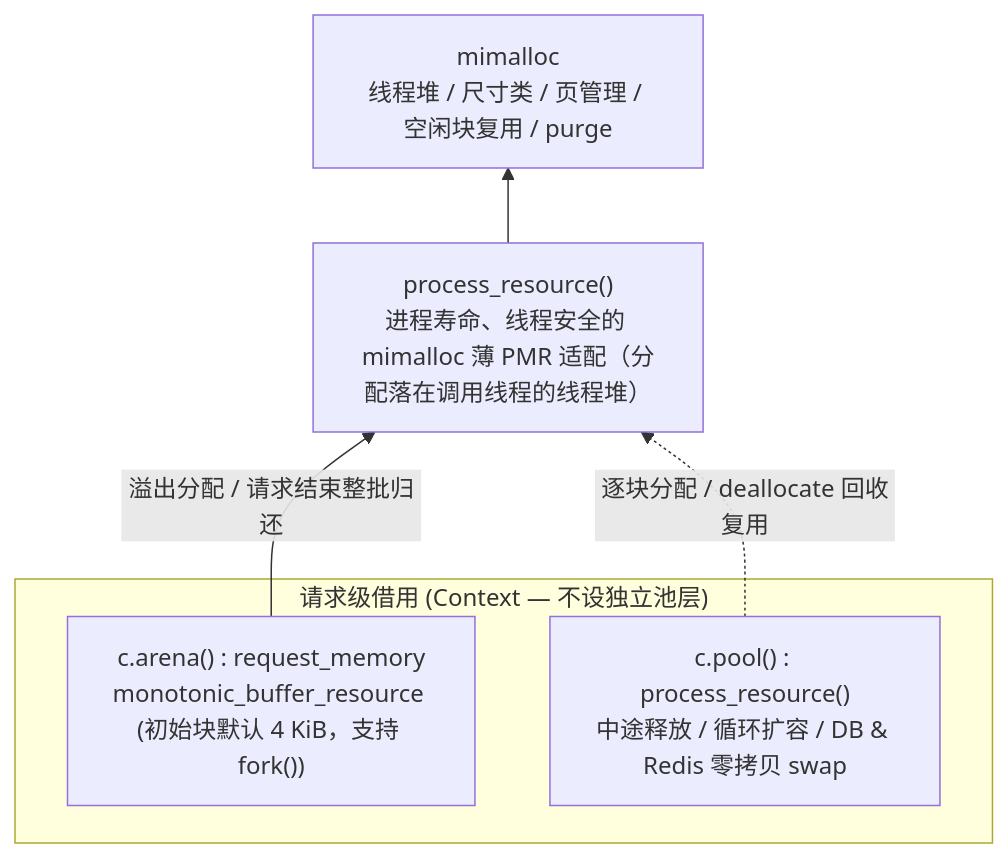
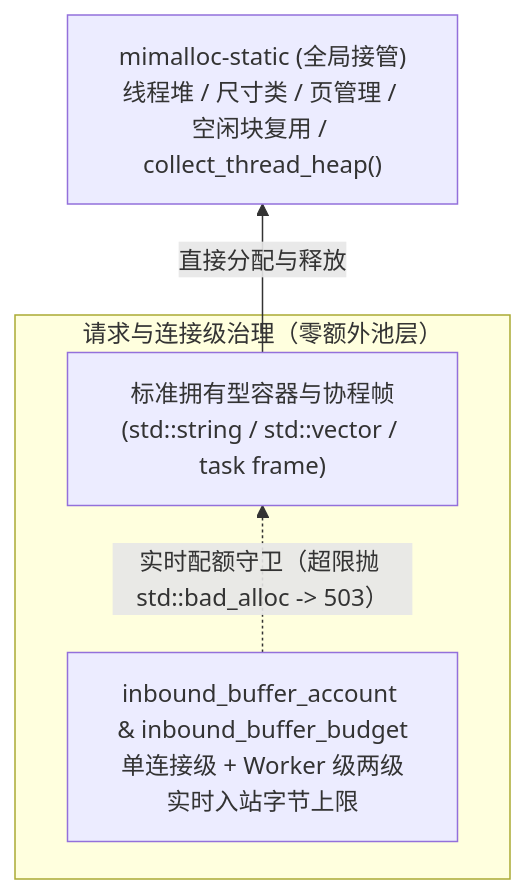
One commit to hyird/Ruvia changed the second of 4 diagrams in AGENTS.md. Above: the diagram before and after it, drawn with Mermaid. The commit also changed other lines of this file and 831 other files, not shown here.

````diff
--- a/AGENTS.md
+++ b/AGENTS.md
@@ -74,13 +74,11 @@
 ```mermaid
 flowchart BT
-    subgraph req ["请求级借用 (Context — 不设独立池层)"]
-        arena["c.arena() : request_memory<br/>monotonic_buffer_resource (初始块默认 4 KiB，支持 fork())"]
-        temporary["c.pool() : process_resource()<br/>中途释放 / 循环扩容 / DB & Redis 零拷贝 swap"]
+    subgraph req ["请求与连接级治理（零额外池层）"]
+        containers["标准拥有型容器与协程帧<br/>(std::string / std::vector / task frame)"]
+        budget["inbound_buffer_account & inbound_buffer_budget<br/>单连接级 + Worker 级两级实时入站字节上限"]
     end
-    process["process_resource()<br/>进程寿命、线程安全的 mimalloc 薄 PMR 适配（分配落在调用线程的线程堆）"]
-    allocator["mimalloc<br/>线程堆 / 尺寸类 / 页管理 / 空闲块复用 / purge"]
+    allocator["mimalloc-static (全局接管)<br/>线程堆 / 尺寸类 / 页管理 / 空闲块复用 / collect_thread_heap()"]
 
-    arena -->|"溢出分配 / 请求结束整批归还"| process
-    temporary -.->|"逐块分配 / deallocate 回收复用"| process
-    process --> allocator
+    containers -->|"直接分配与释放"| allocator
+    budget -.->|"实时配额守卫（超限抛 std::bad_alloc -> 503）"| containers
 ```
````
